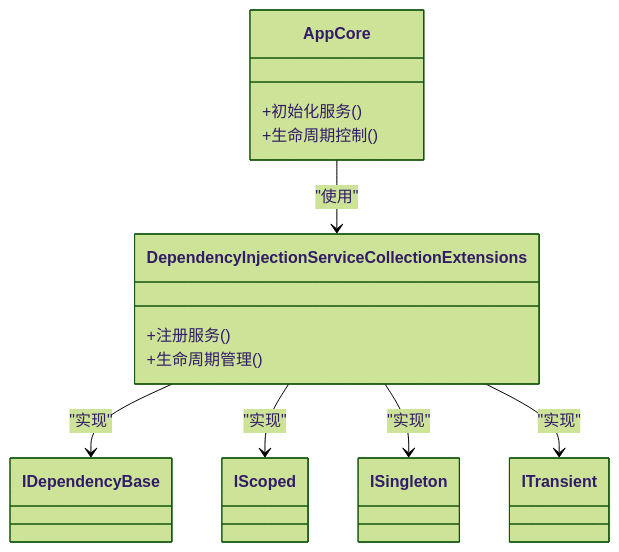
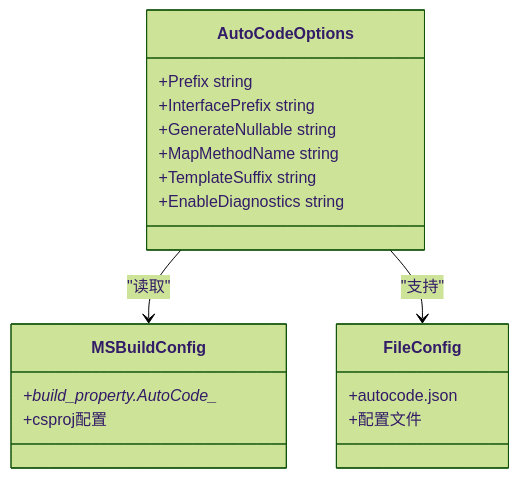
One commit to alivy/AutoCode changed the sixth of 7 diagrams in .qoder/repowiki/zh/content/项目概述.md. Above: the diagram before and after it, drawn with Mermaid (forest theme). The commit also changed other lines of this file and 279 other files, not shown here.

````diff
--- a/.qoder/repowiki/zh/content/项目概述.md
+++ b/.qoder/repowiki/zh/content/项目概述.md
@@ -346,20 +261,21 @@
 ```mermaid
 classDiagram
-class IDependencyBase
-class IScoped
-class ISingleton
-class ITransient
-class DependencyInjectionServiceCollectionExtensions {
-+注册服务()
-+生命周期管理()
+class AutoCodeOptions {
++Prefix string
++InterfacePrefix string
++GenerateNullable string
++MapMethodName string
++TemplateSuffix string
++EnableDiagnostics string
 }
-class AppCore {
-+初始化服务()
-+生命周期控制()
+class MSBuildConfig {
++build_property.AutoCode_*
++csproj配置
 }
-DependencyInjectionServiceCollectionExtensions --> IDependencyBase : "实现"
-DependencyInjectionServiceCollectionExtensions --> IScoped : "实现"
-DependencyInjectionServiceCollectionExtensions --> ISingleton : "实现"
-DependencyInjectionServiceCollectionExtensions --> ITransient : "实现"
-AppCore --> DependencyInjectionServiceCollectionExtensions : "使用"
+class FileConfig {
++autocode.json
++配置文件
+}
+AutoCodeOptions --> MSBuildConfig : "读取"
+AutoCodeOptions --> FileConfig : "支持"
 ```
````
